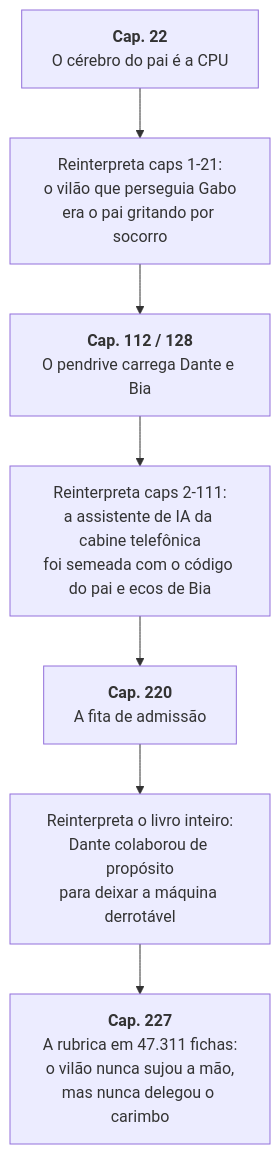
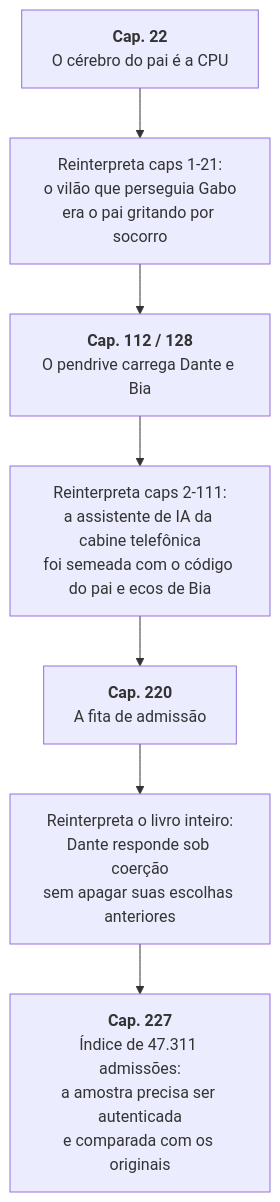
Before and after one commit to juninmd/ecos-de-baia-cinzenta: the third of 4 diagrams in docs/arcos.md, drawn with Mermaid. The commit also changed other lines of this file and 1120 other files, not shown here.

````diff
--- a/docs/arcos.md
+++ b/docs/arcos.md
@@ -138,9 +126,9 @@
 ```mermaid
 flowchart TD
     A["<b>Cap. 22</b><br/>O cérebro do pai é a CPU"] --> A1["Reinterpreta caps 1-21:<br/>o vilão que perseguia Gabo<br/>era o pai gritando por socorro"]
     B["<b>Cap. 112 / 128</b><br/>O pendrive carrega Dante e Bia"] --> B1["Reinterpreta caps 2-111:<br/>a assistente de IA da cabine telefônica<br/>foi semeada com o código do pai e ecos de Bia"]
-    C["<b>Cap. 220</b><br/>A fita de admissão"] --> C1["Reinterpreta o livro inteiro:<br/>Dante colaborou de propósito<br/>para deixar a máquina derrotável"]
+    C["<b>Cap. 220</b><br/>A fita de admissão"] --> C1["Reinterpreta o livro inteiro:<br/>Dante responde sob coerção<br/>sem apagar suas escolhas anteriores"]
     A1 --> B
     B1 --> C
-    C1 --> D["<b>Cap. 227</b><br/>A rubrica em 47.311 fichas:<br/>o vilão nunca sujou a mão,<br/>mas nunca delegou o carimbo"]
+    C1 --> D["<b>Cap. 227</b><br/>Índice de 47.311 admissões:<br/>a amostra precisa ser autenticada<br/>e comparada com os originais"]
 ```
````
